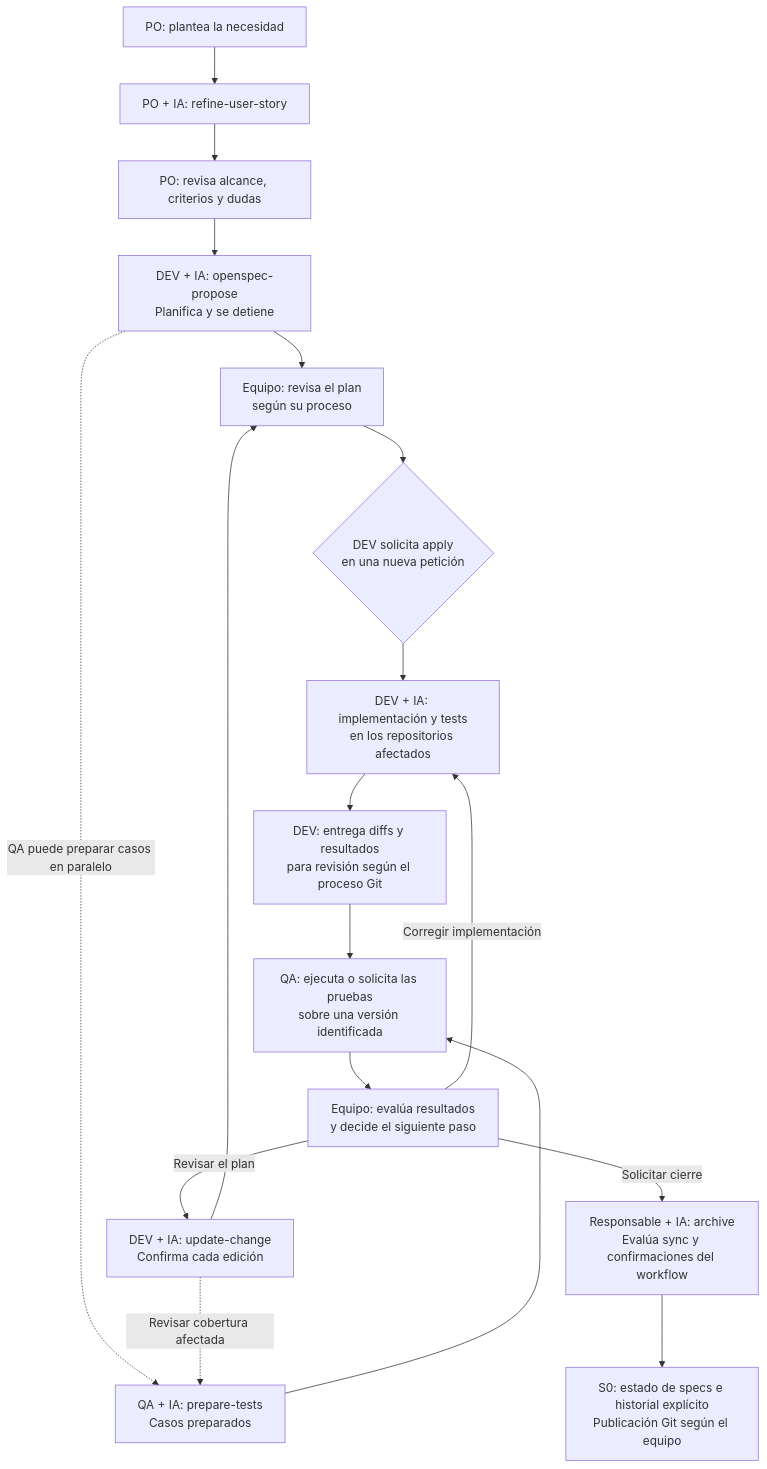
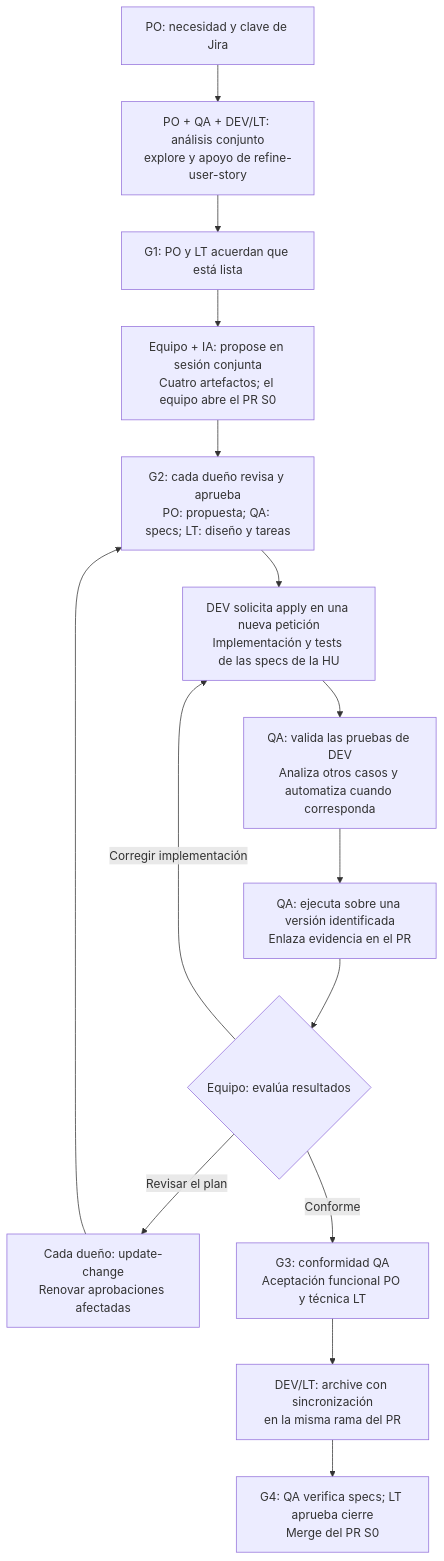
Before and after one commit to raal-nuam/s0-ssd-png-rrojas: the diagram in PLAYBOOK.md, drawn with Mermaid. The commit also changed other lines of this file and 3 other files, not shown here.

````diff
--- a/PLAYBOOK.md
+++ b/PLAYBOOK.md
@@ -68,20 +89,17 @@
 ```mermaid
 flowchart TD
-    A["PO: plantea la necesidad"] --> B["PO + IA: refine-user-story"]
-    B --> C["PO: revisa alcance, criterios y dudas"]
-    C --> D["DEV + IA: openspec-propose<br/>Planifica y se detiene"]
-    D --> E["Equipo: revisa el plan<br/>según su proceso"]
-    D -. "QA puede preparar casos en paralelo" .-> Q["QA + IA: prepare-tests<br/>Casos preparados"]
-    E --> F{"DEV solicita apply<br/>en una nueva petición"}
-    F --> G["DEV + IA: implementación y tests<br/>en los repositorios afectados"]
-    G --> H["DEV: entrega diffs y resultados<br/>para revisión según el proceso Git"]
-    H --> I["QA: ejecuta o solicita las pruebas<br/>sobre una versión identificada"]
-    Q --> I
-    I --> J["Equipo: evalúa resultados<br/>y decide el siguiente paso"]
-    J -->|Corregir implementación| G
-    J -->|Revisar el plan| U["DEV + IA: update-change<br/>Confirma cada edición"]
+    A["PO: necesidad y clave de Jira"] --> B["PO + QA + DEV/LT: análisis conjunto<br/>explore y apoyo de refine-user-story"]
+    B --> C["G1: PO y LT acuerdan que está lista"]
+    C --> D["Equipo + IA: propose en sesión conjunta<br/>Cuatro artefactos; el equipo abre el PR S0"]
+    D --> E["G2: cada dueño revisa y aprueba<br/>PO: propuesta; QA: specs; LT: diseño y tareas"]
+    E --> F["DEV solicita apply en una nueva petición<br/>Implementación y tests de las specs de la HU"]
+    F --> G["QA: valida las pruebas de DEV<br/>Analiza otros casos y automatiza cuando corresponda"]
+    G --> H["QA: ejecuta sobre una versión identificada<br/>Enlaza evidencia en el PR"]
+    H --> I{"Equipo: evalúa resultados"}
+    I -->|Corregir implementación| F
+    I -->|Revisar el plan| U["Cada dueño: update-change<br/>Renovar aprobaciones afectadas"]
     U --> E
-    U -. "Revisar cobertura afectada" .-> Q
-    J -->|Solicitar cierre| K["Responsable + IA: archive<br/>Evalúa sync y confirmaciones del workflow"]
-    K --> L["S0: estado de specs e historial explícito<br/>Publicación Git según el equipo"]
+    I -->|Conforme| J["G3: conformidad QA<br/>Aceptación funcional PO y técnica LT"]
+    J --> K["DEV/LT: archive con sincronización<br/>en la misma rama del PR"]
+    K --> L["G4: QA verifica specs; LT aprueba cierre<br/>Merge del PR S0"]
 ```
````
